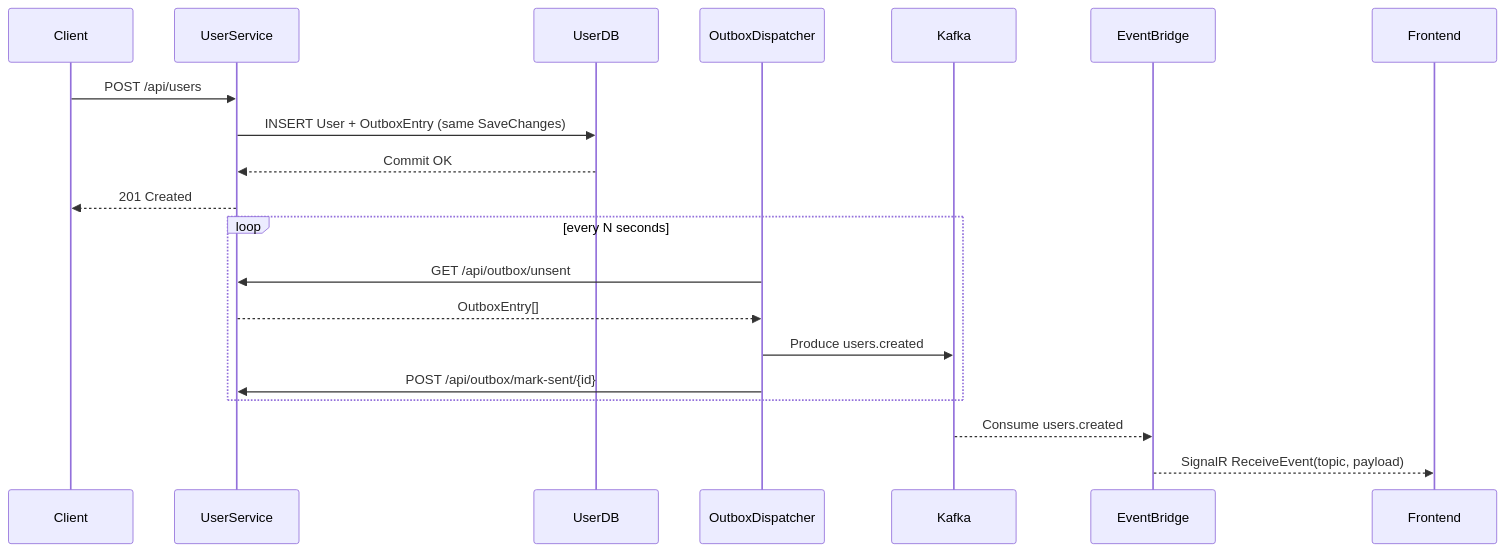
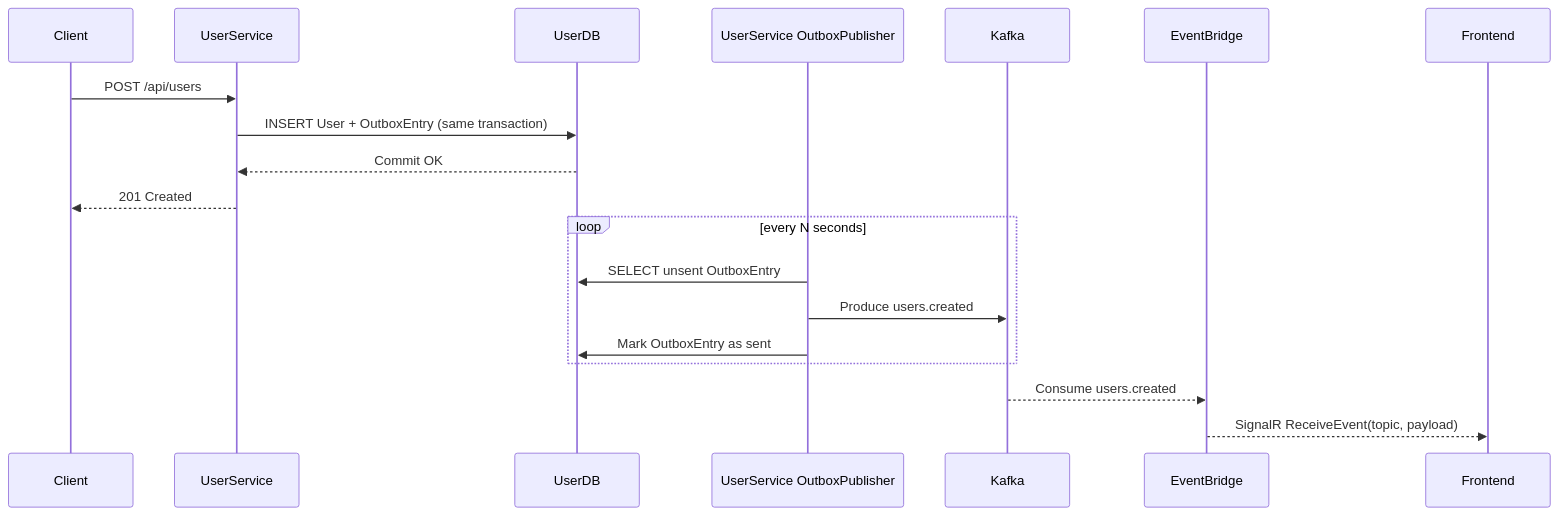
The second of 4 diagrams in README.md (sumonnwe/microservice-ecommerce), drawn with Mermaid before and after one commit. The commit also changed other lines of this file and 6 other files, not shown here.

Commit message:
Remove decoupling OutboxDispatcher microservices and update readme

````diff
--- a/README.md
+++ b/README.md
@@ -77,25 +80,24 @@
 ```mermaid
 sequenceDiagram
   participant Client
   participant UserService
   participant UserDB
-  participant OutboxDispatcher
+  participant UserOutbox as UserService OutboxPublisher
   participant Kafka
   participant EventBridge
   participant Frontend
 
   Client->>UserService: POST /api/users
-  UserService->>UserDB: INSERT User + OutboxEntry (same SaveChanges)
+  UserService->>UserDB: INSERT User + OutboxEntry (same transaction)
   UserDB-->>UserService: Commit OK
   UserService-->>Client: 201 Created
 
   loop every N seconds
-    OutboxDispatcher->>UserService: GET /api/outbox/unsent
-    UserService-->>OutboxDispatcher: OutboxEntry[]
-    OutboxDispatcher->>Kafka: Produce users.created
-    OutboxDispatcher->>UserService: POST /api/outbox/mark-sent/{id}
+    UserOutbox->>UserDB: SELECT unsent OutboxEntry
+    UserOutbox->>Kafka: Produce users.created
+    UserOutbox->>UserDB: Mark OutboxEntry as sent
   end
 
   Kafka-->>EventBridge: Consume users.created
   EventBridge-->>Frontend: SignalR ReceiveEvent(topic, payload)
 ```
````
